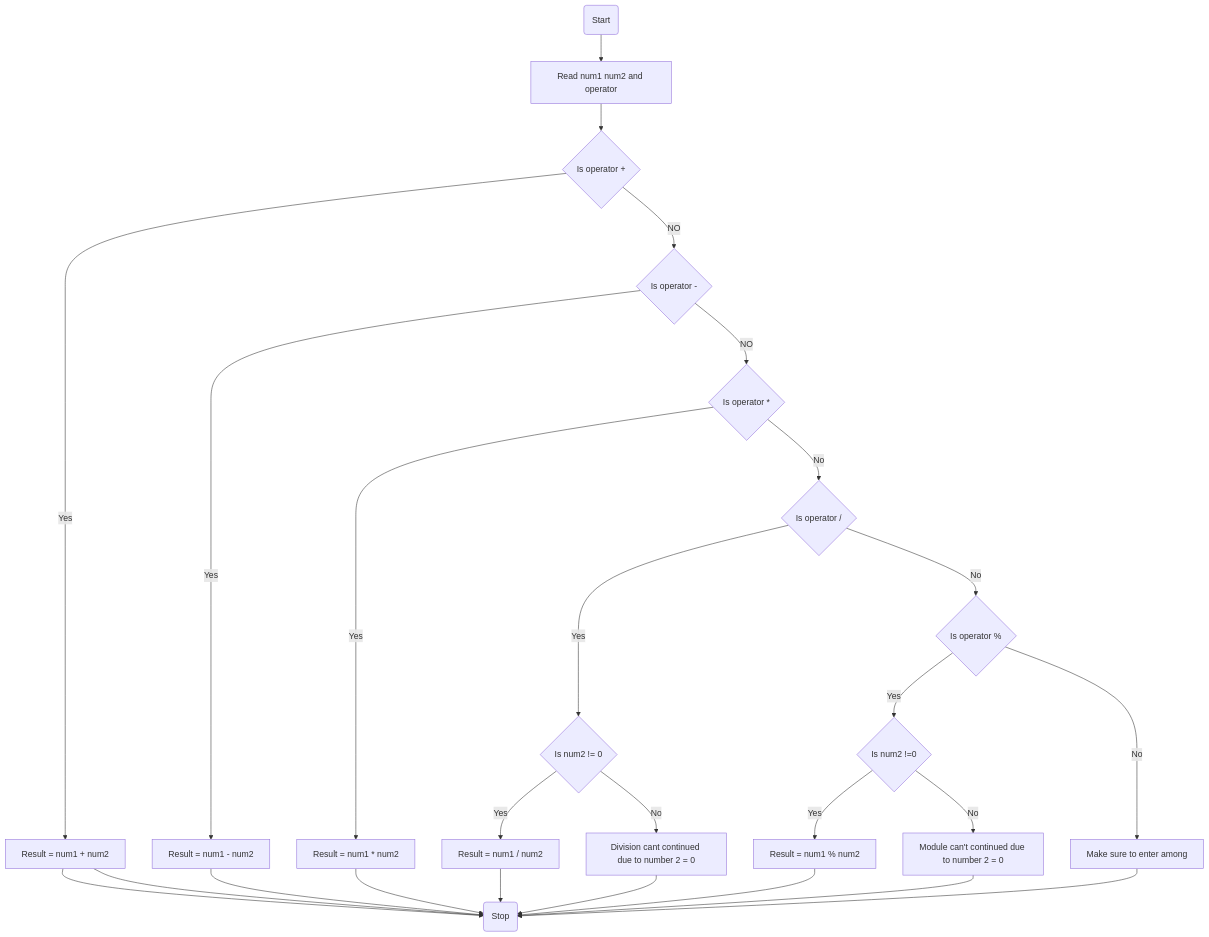
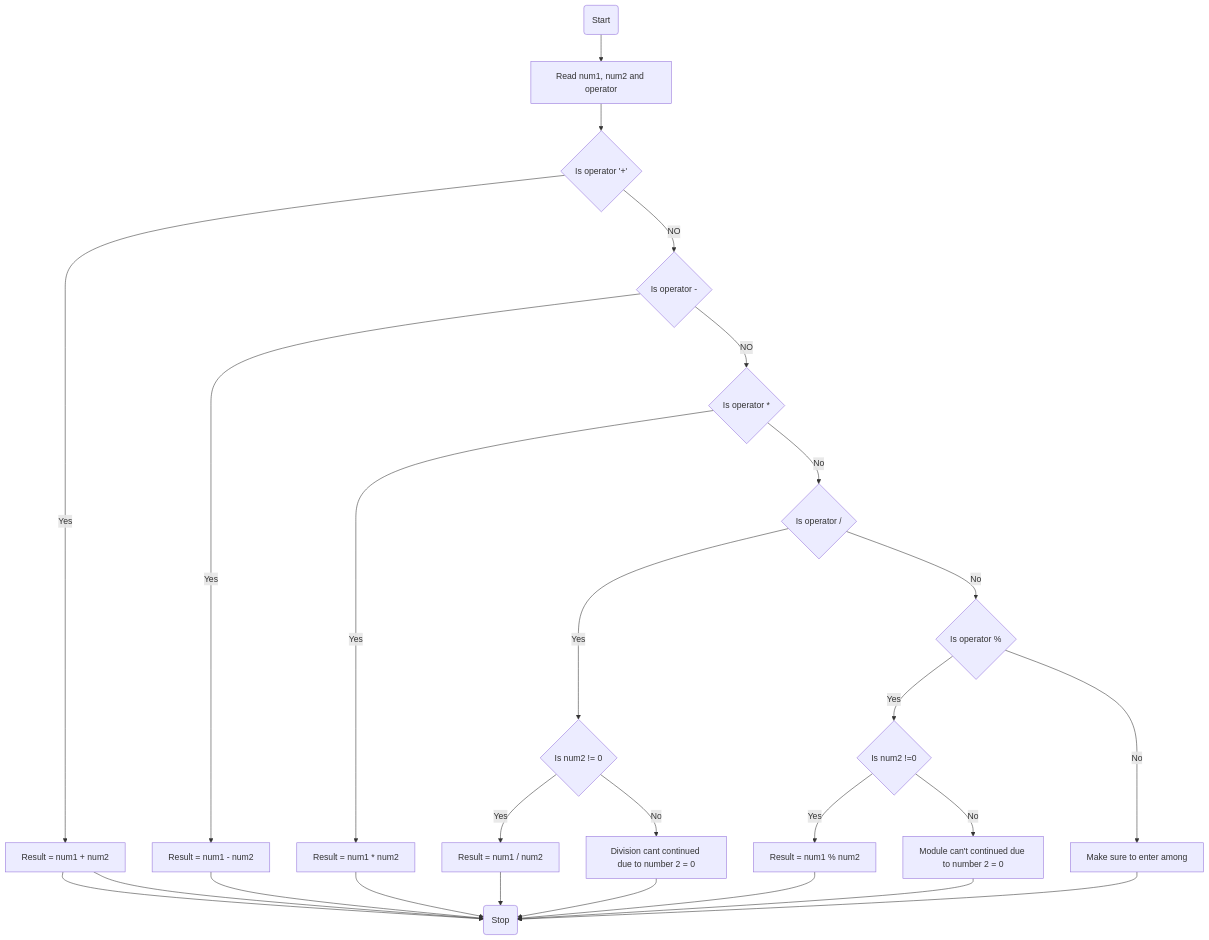
The diagram in ETS1351_15_Yabets_Maregn/simple_calculator/flowchart.md (SWEG-2015EC-Batch/Code-Warrior), drawn with Mermaid before and after one commit.

````diff
--- a/ETS1351_15_Yabets_Maregn/simple_calculator/flowchart.md
+++ b/ETS1351_15_Yabets_Maregn/simple_calculator/flowchart.md
@@ -1,28 +1,28 @@
 ```mermaid
 graph TD
-A(Start) --> B[Read num1 num2 and operator]
-B --> C{Is operator +}
+A(Start) --> B[Read num1, num2 and operator]
+B --> C{Is operator '+'}
 C -- Yes --> D[Result = num1 + num2]
 C -- NO --> E{Is operator -}
 E -- Yes --> F[Result = num1 - num2]
 E -- NO --> G{Is operator *}
 G -- Yes --> H[Result = num1 * num2]
 G -- No --> I{Is operator /}
 I -- Yes --> J{Is num2 != 0}
 J -- Yes --> K[Result = num1 / num2]
 J -- No --> L[Division cant continued due to number 2 = 0]
 I -- No --> M{Is operator %}
 M -- Yes --> N{Is num2 !=0}
 N -- Yes --> O[Result = num1 % num2]
 N -- No --> P[Module can't continued due to number 2 = 0]
 M -- No --> Q[Make sure to enter among]
 Q --> R(Stop)
 D --> R(Stop)
 F --> R(Stop)
 D --> R(Stop)
 H --> R(Stop)
 K --> R(Stop)
 L --> R(Stop)
 O --> R(Stop)
 P --> R(Stop)
 ```
````
